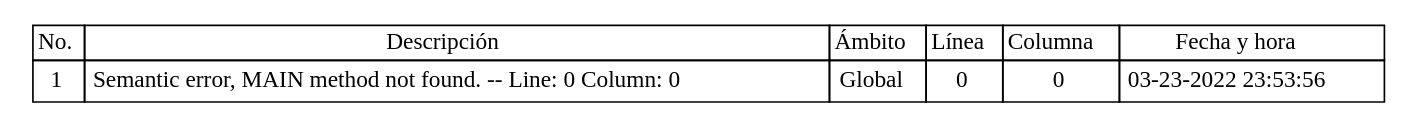
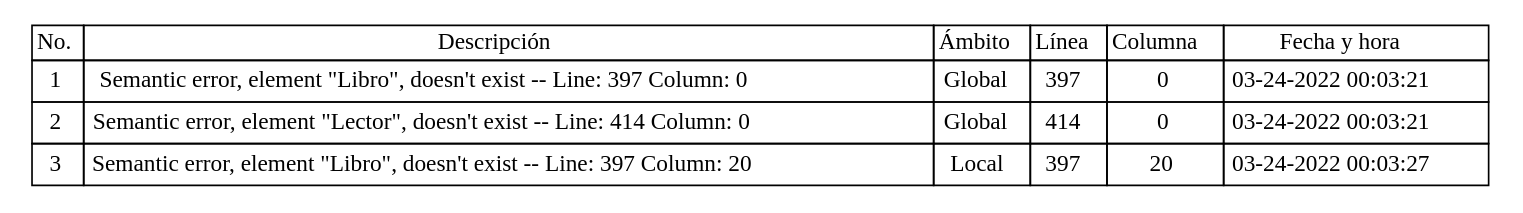
Before and after one commit to Jodyannre/COMPI2_proyecto1_2022: the diagram in Back/Web/tablas/tablaErrores.dot, drawn with Graphviz. The commit also changed 4 other files, not shown here.

```diff
--- a/Back/Web/tablas/tablaErrores.dot
+++ b/Back/Web/tablas/tablaErrores.dot
@@ -1,36 +1,72 @@
 
 	digraph {
 		tablaSimbolos [
 		  shape=plaintext
 		  label=<
 			<table border='0' cellborder='1' color='black' cellspacing='0'>
 			  <tr>
 				  <td>No.</td>
 				  <td>Descripción</td>
 				  <td>Ámbito</td>
 				  <td>Línea</td>
 				  <td>Columna</td>
 				  <td>Fecha y hora</td>
 			  </tr>
 	
 <tr>
 <td cellpadding='4'>
 1
 </td>
-<td cellpadding='4'>Semantic error, MAIN method not found. -- Line: 0 Column: 0
+<td cellpadding='4'>Semantic error, element "Libro", doesn't exist -- Line: 397 Column: 0
 </td>
 <td cellpadding='4'>Global
 </td>
-<td cellpadding='4'>0
+<td cellpadding='4'>397
 </td>
 <td cellpadding='4'>
 0
 </td>
 <td cellpadding='4'>
-03-23-2022 23:53:56
+03-24-2022 00:03:21
+</td>
+</tr>
+
+<tr>
+<td cellpadding='4'>
+2
+</td>
+<td cellpadding='4'>Semantic error, element "Lector", doesn't exist -- Line: 414 Column: 0
+</td>
+<td cellpadding='4'>Global
+</td>
+<td cellpadding='4'>414
+</td>
+<td cellpadding='4'>
+0
+</td>
+<td cellpadding='4'>
+03-24-2022 00:03:21
+</td>
+</tr>
+
+<tr>
+<td cellpadding='4'>
+3
+</td>
+<td cellpadding='4'>Semantic error, element "Libro", doesn't exist -- Line: 397 Column: 20
+</td>
+<td cellpadding='4'>Local
+</td>
+<td cellpadding='4'>397
+</td>
+<td cellpadding='4'>
+20
+</td>
+<td cellpadding='4'>
+03-24-2022 00:03:27
 </td>
 </tr>
 
 		</table>
 		>];
 	}
```
